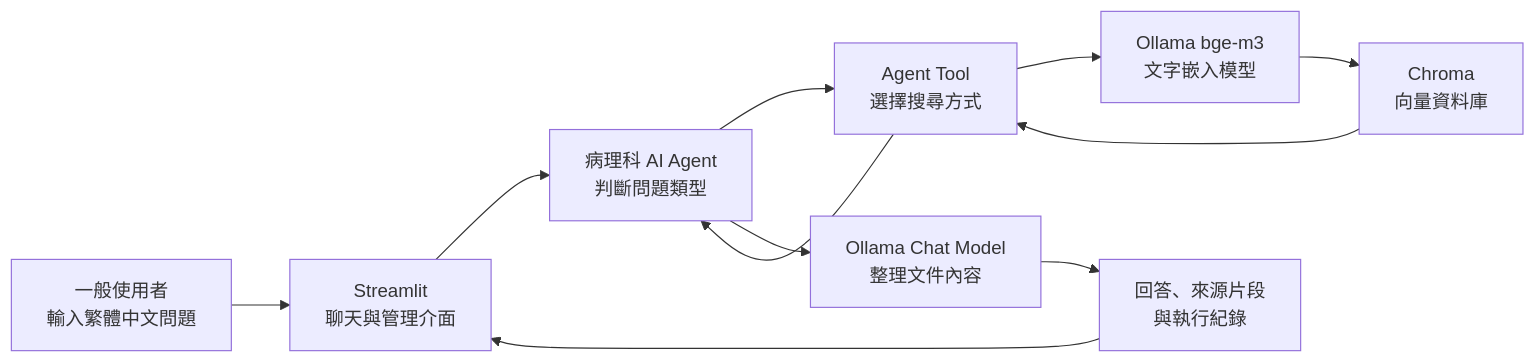
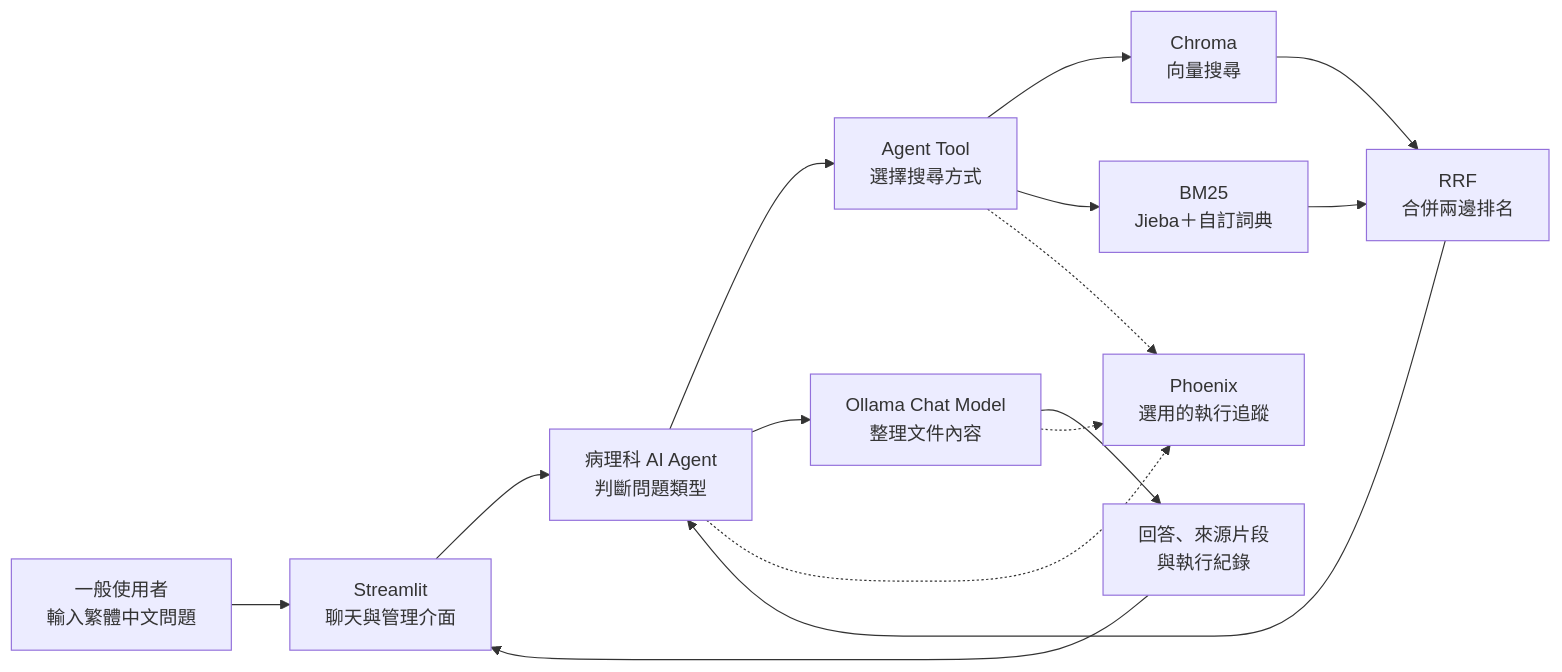
The diagram in README.md (Jerry-Lee-0125/RAG_Agent), drawn with Mermaid before and after one commit. The commit also changed other lines of this file, not shown here.

````diff
--- a/README.md
+++ b/README.md
@@ -42,22 +51,28 @@
 ```mermaid
 flowchart LR
     U["一般使用者<br/>輸入繁體中文問題"]
     UI["Streamlit<br/>聊天與管理介面"]
     A["病理科 AI Agent<br/>判斷問題類型"]
     T["Agent Tool<br/>選擇搜尋方式"]
-    C["Chroma<br/>向量資料庫"]
-    E["Ollama bge-m3<br/>文字嵌入模型"]
+    V["Chroma<br/>向量搜尋"]
+    B["BM25<br/>Jieba＋自訂詞典"]
+    F["RRF<br/>合併兩邊排名"]
     L["Ollama Chat Model<br/>整理文件內容"]
     R["回答、來源片段<br/>與執行紀錄"]
+    P["Phoenix<br/>選用的執行追蹤"]
 
     U --> UI
     UI --> A
     A --> T
-    T --> E
-    E --> C
-    C --> T
-    T --> A
+    T --> V
+    T --> B
+    V --> F
+    B --> F
+    F --> A
     A --> L
     L --> R
     R --> UI
+    A -.-> P
+    T -.-> P
+    L -.-> P
 ```
````
